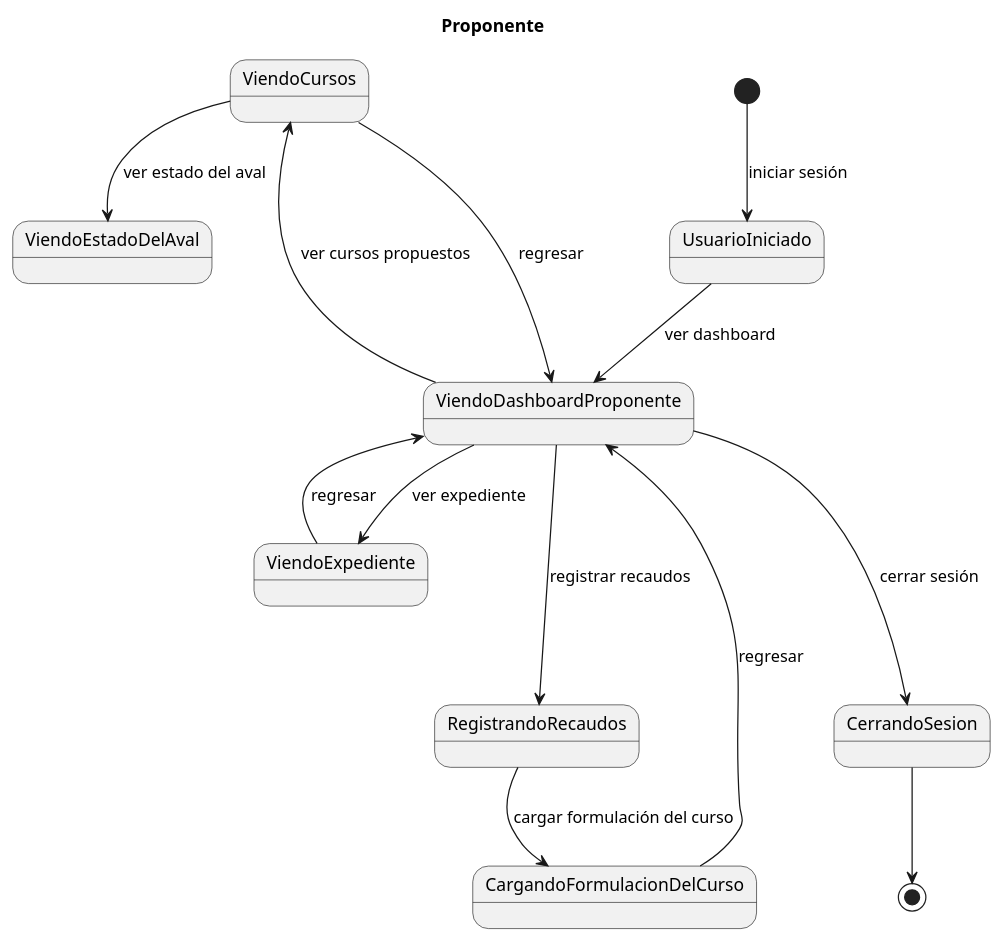
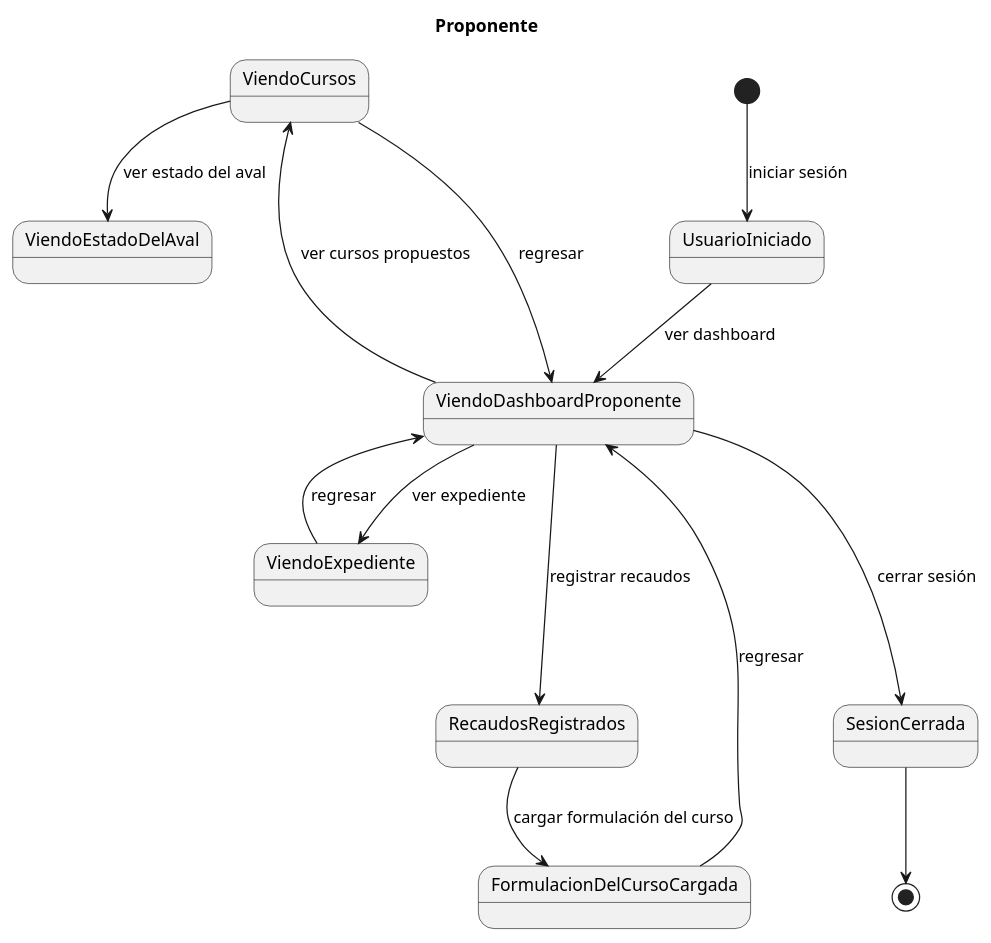
Before and after one commit to Samantha-Ramirez/ProyectoEquipo7ING: the diagram in docs/scenariosView/DisciplinaDeRequisitosDiagramaDeEstadoRelacionProponente.plantuml, drawn with PlantUML. The commit also changed 8 other files, not shown here.

```diff
--- a/docs/scenariosView/DisciplinaDeRequisitosDiagramaDeEstadoRelacionProponente.plantuml
+++ b/docs/scenariosView/DisciplinaDeRequisitosDiagramaDeEstadoRelacionProponente.plantuml
@@ -1,17 +1,17 @@
 @startuml DisciplinaDeRequisitosDiagramaDeEstadoRelacionProponente
 title Proponente
 
 [*] --> UsuarioIniciado : iniciar sesión
 UsuarioIniciado --> ViendoDashboardProponente : ver dashboard
 ViendoDashboardProponente --> ViendoExpediente : ver expediente
 ViendoExpediente --> ViendoDashboardProponente : regresar
 ViendoDashboardProponente ---> ViendoCursos : ver cursos propuestos
 ViendoCursos --> ViendoEstadoDelAval : ver estado del aval
 ViendoCursos -> ViendoDashboardProponente : regresar
-ViendoDashboardProponente ---> RegistrandoRecaudos : registrar recaudos
-RegistrandoRecaudos --> CargandoFormulacionDelCurso : cargar formulación del curso
-CargandoFormulacionDelCurso --> ViendoDashboardProponente : regresar
-ViendoDashboardProponente  ---> CerrandoSesion : cerrar sesión 
-CerrandoSesion --> [*]
+ViendoDashboardProponente ---> RecaudosRegistrados : registrar recaudos
+RecaudosRegistrados --> FormulacionDelCursoCargada : cargar formulación del curso
+FormulacionDelCursoCargada --> ViendoDashboardProponente : regresar
+ViendoDashboardProponente  ---> SesionCerrada : cerrar sesión 
+SesionCerrada --> [*]
 
 @enduml
```
